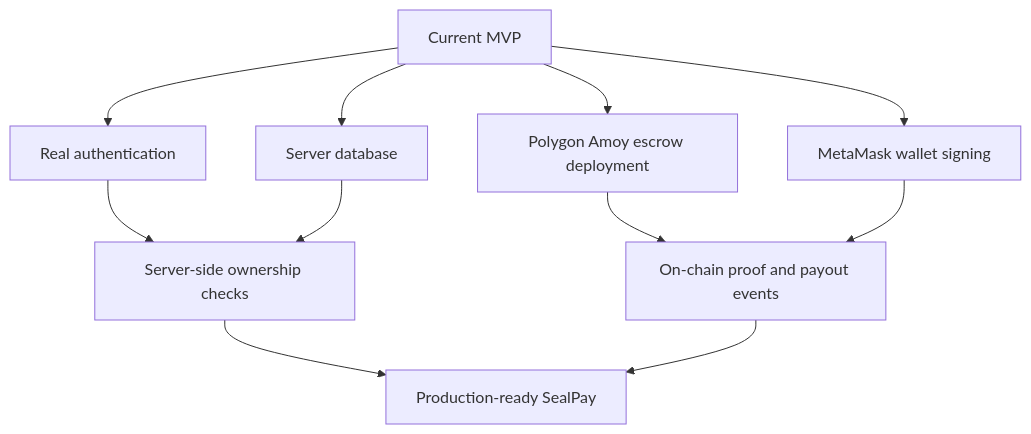
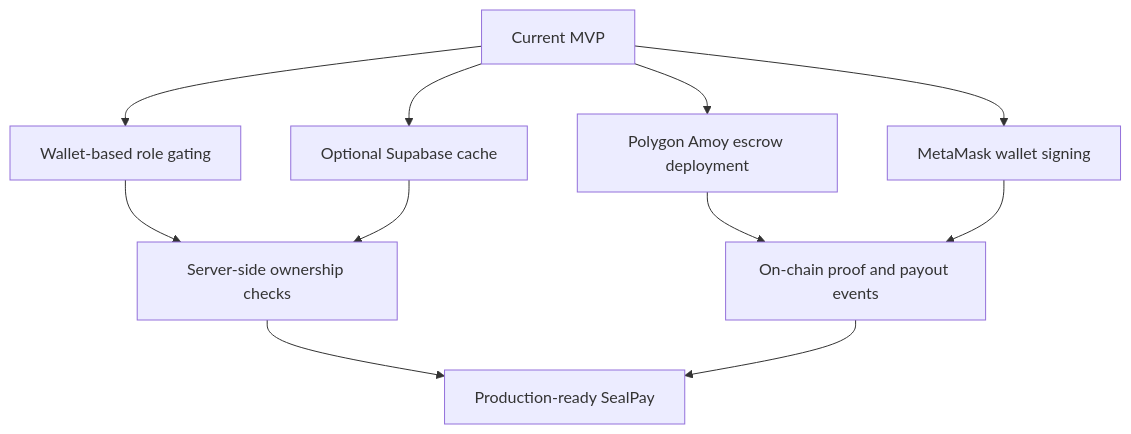
Before and after one commit to virajkvk18/SealPay: the second of 2 diagrams in README.md, drawn with Mermaid. The commit also changed other lines of this file and 4 other files, not shown here.

Commit message:
Polish IPFS proof flow and demo docs

````diff
--- a/README.md
+++ b/README.md
@@ -195,13 +197,13 @@
 ```mermaid
 flowchart TB
-  MVP["Current MVP"] --> Auth["Real authentication"]
-  MVP --> DB["Server database"]
+  MVP["Current MVP"] --> Roles["Wallet-based role gating"]
+  MVP --> DB["Optional Supabase cache"]
   MVP --> Wallet["MetaMask wallet signing"]
   MVP --> Chain["Polygon Amoy escrow deployment"]
-  Auth --> Ownership["Server-side ownership checks"]
+  Roles --> Ownership["Server-side ownership checks"]
   DB --> Ownership
   Chain --> Proof["On-chain proof and payout events"]
   Wallet --> Proof
   Ownership --> Prod["Production-ready SealPay"]
   Proof --> Prod
 ```
````
